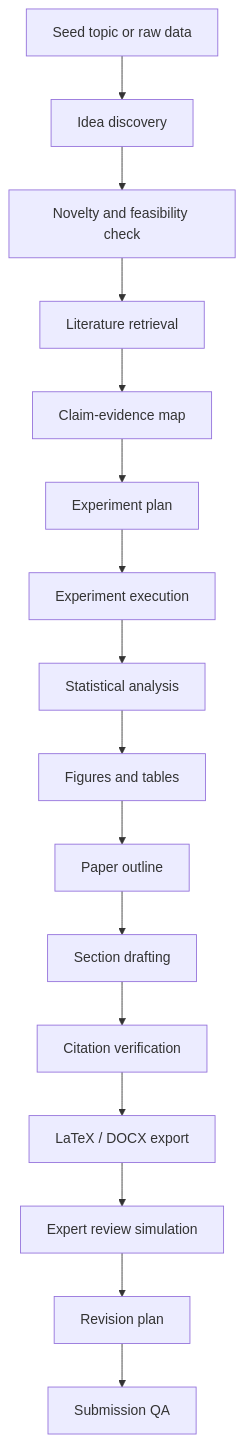
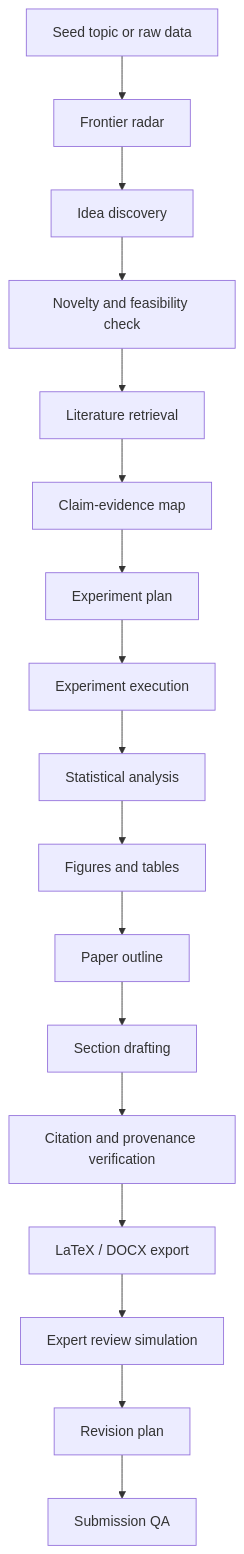
One commit to fengmo11/awesome-paper-research-skills changed the diagram in docs/workflow-map.md. Above: the diagram before and after it, drawn with Mermaid. The commit also changed other lines of this file and 16 other files, not shown here.

````diff
--- a/docs/workflow-map.md
+++ b/docs/workflow-map.md
@@ -7,18 +7,19 @@
 ```mermaid
 flowchart TD
-  A["Seed topic or raw data"] --> B["Idea discovery"]
-  B --> C["Novelty and feasibility check"]
-  C --> D["Literature retrieval"]
-  D --> E["Claim-evidence map"]
-  E --> F["Experiment plan"]
-  F --> G["Experiment execution"]
-  G --> H["Statistical analysis"]
-  H --> I["Figures and tables"]
-  I --> J["Paper outline"]
-  J --> K["Section drafting"]
-  K --> L["Citation verification"]
-  L --> M["LaTeX / DOCX export"]
-  M --> N["Expert review simulation"]
-  N --> O["Revision plan"]
-  O --> P["Submission QA"]
+  A["Seed topic or raw data"] --> B["Frontier radar"]
+  B --> C["Idea discovery"]
+  C --> D["Novelty and feasibility check"]
+  D --> E["Literature retrieval"]
+  E --> F["Claim-evidence map"]
+  F --> G["Experiment plan"]
+  G --> H["Experiment execution"]
+  H --> I["Statistical analysis"]
+  I --> J["Figures and tables"]
+  J --> K["Paper outline"]
+  K --> L["Section drafting"]
+  L --> M["Citation and provenance verification"]
+  M --> N["LaTeX / DOCX export"]
+  N --> O["Expert review simulation"]
+  O --> P["Revision plan"]
+  P --> Q["Submission QA"]
 ```
````
